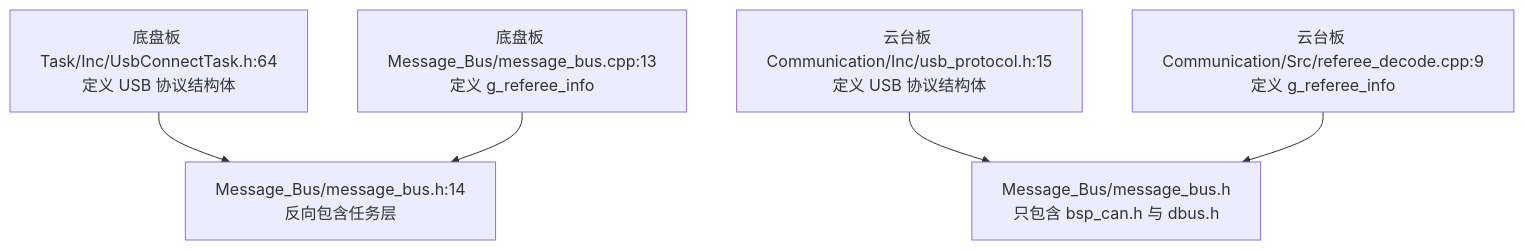
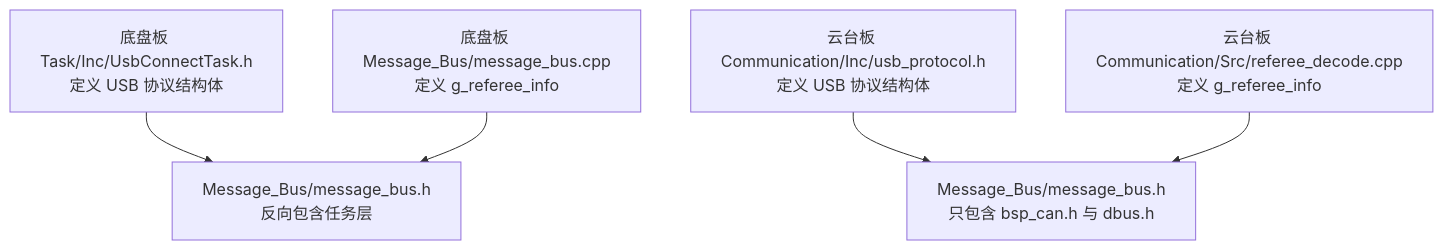
One commit to TC635807/TC63PersonalWebsite changed the third of 3 diagrams in docs/09-嵌入式软件架构/01-分层架构/02-各层落到哪些文件.md. Above: the diagram before and after it, drawn with Mermaid. The commit also changed other lines of this file and 563 other files, not shown here.

````diff
--- a/docs/09-嵌入式软件架构/01-分层架构/02-各层落到哪些文件.md
+++ b/docs/09-嵌入式软件架构/01-分层架构/02-各层落到哪些文件.md
@@ -116,7 +142,7 @@
 ```mermaid
 flowchart TD
-  D1["底盘板 Task/Inc/UsbConnectTask.h:64<br/>定义 USB 协议结构体"] --> M1["Message_Bus/message_bus.h:14<br/>反向包含任务层"]
-  D2["云台板 Communication/Inc/usb_protocol.h:15<br/>定义 USB 协议结构体"] --> M2["Message_Bus/message_bus.h<br/>只包含 bsp_can.h 与 dbus.h"]
-  D3["云台板 Communication/Src/referee_decode.cpp:9<br/>定义 g_referee_info"] --> M2
-  D4["底盘板 Message_Bus/message_bus.cpp:13<br/>定义 g_referee_info"] --> M1
+  D1["底盘板 Task/Inc/UsbConnectTask.h<br/>定义 USB 协议结构体"] --> M1["Message_Bus/message_bus.h<br/>反向包含任务层"]
+  D2["云台板 Communication/Inc/usb_protocol.h<br/>定义 USB 协议结构体"] --> M2["Message_Bus/message_bus.h<br/>只包含 bsp_can.h 与 dbus.h"]
+  D3["云台板 Communication/Src/referee_decode.cpp<br/>定义 g_referee_info"] --> M2
+  D4["底盘板 Message_Bus/message_bus.cpp<br/>定义 g_referee_info"] --> M1
 ```
````
